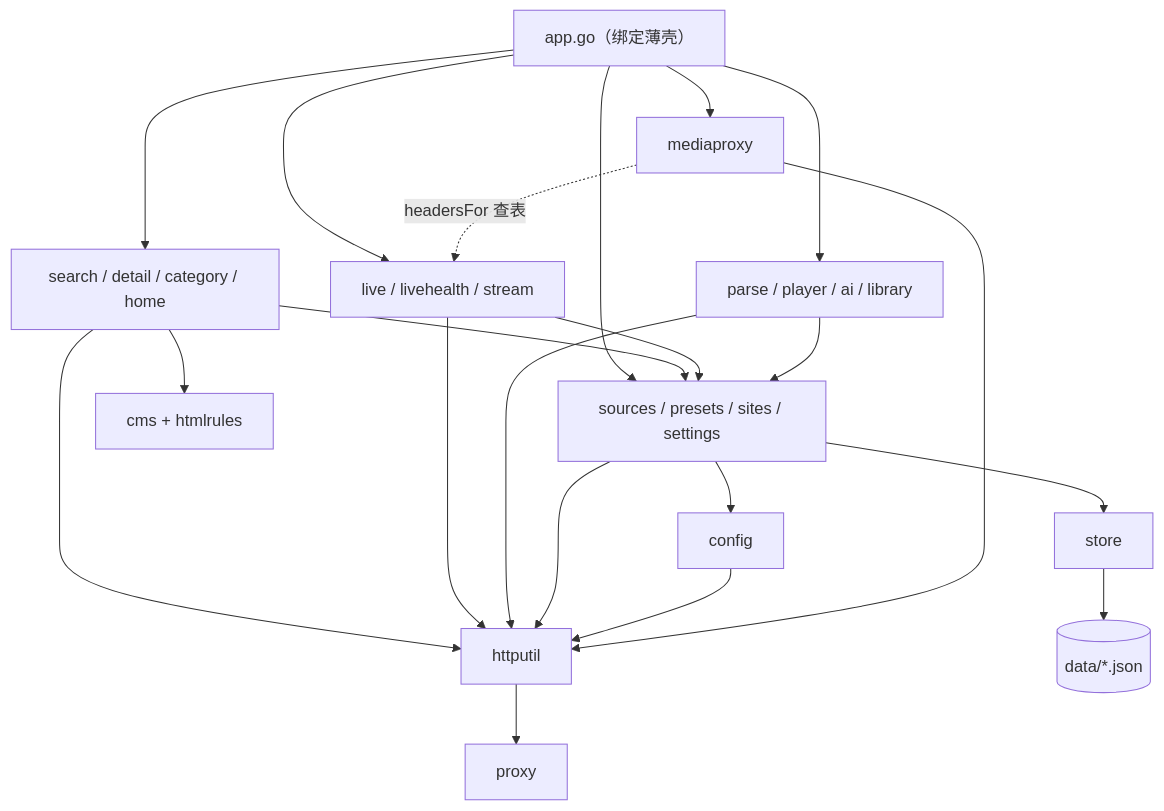
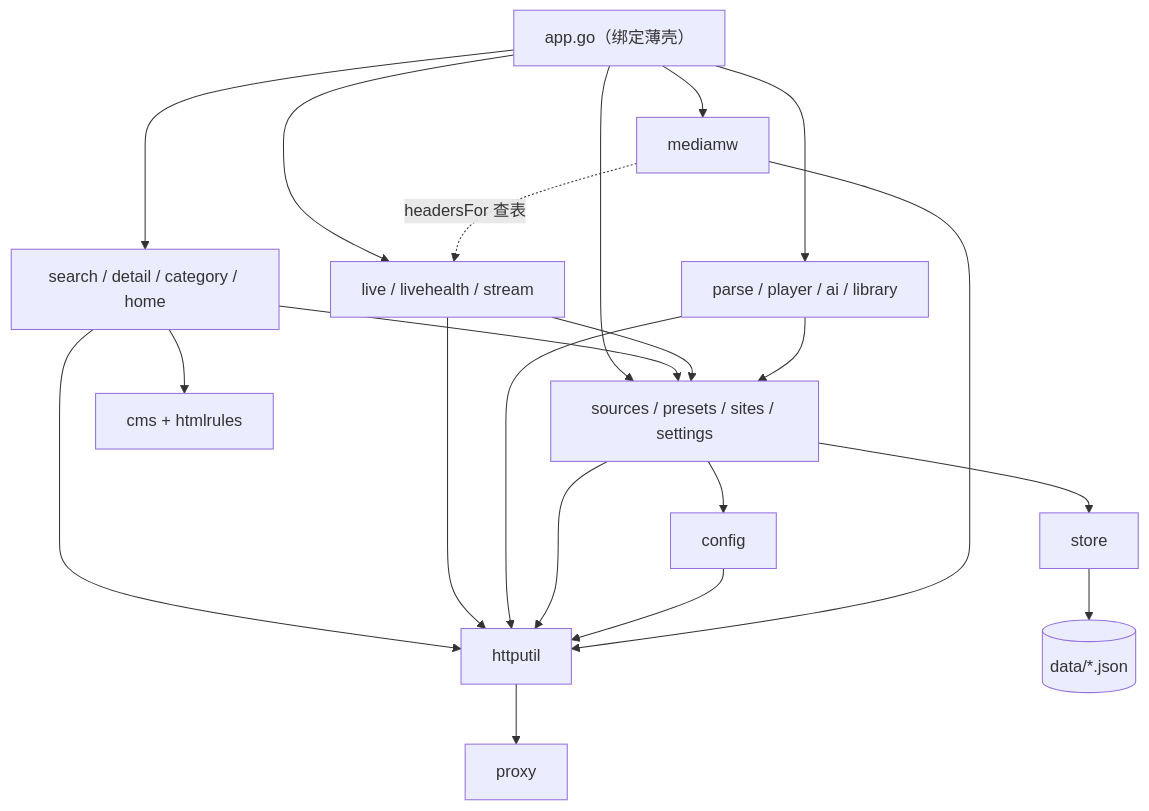
Before and after one commit to chengshengru/tvbox-desktop: the fifth of 6 diagrams in .trae/documents/Electron项目改造Go-Wails详细方案.md, drawn with Mermaid. The commit also changed other lines of this file, not shown here.

````diff
--- a/.trae/documents/Electron项目改造Go-Wails详细方案.md
+++ b/.trae/documents/Electron项目改造Go-Wails详细方案.md
@@ -342,18 +345,18 @@
 ```mermaid
 graph TD
     A["app.go（绑定薄壳）"] --> B[search / detail / category / home]
     A --> C[live / livehealth / stream]
     A --> D[parse / player / ai / library]
     A --> E[sources / presets / sites / settings]
-    A --> MP[mediaproxy]
+    A --> MP[mediamw]
     B --> CMS[cms + htmlrules]
     B --> E
     C --> E
     D --> E
     E --> CFG[config]
     E --> ST[store]
     B & C & D & E & CFG & MP --> HTTP[httputil]
     HTTP --> PXY[proxy]
     ST --> DATA[("data/*.json")]
     MP -. "headersFor 查表" .-> C
 ```
````
